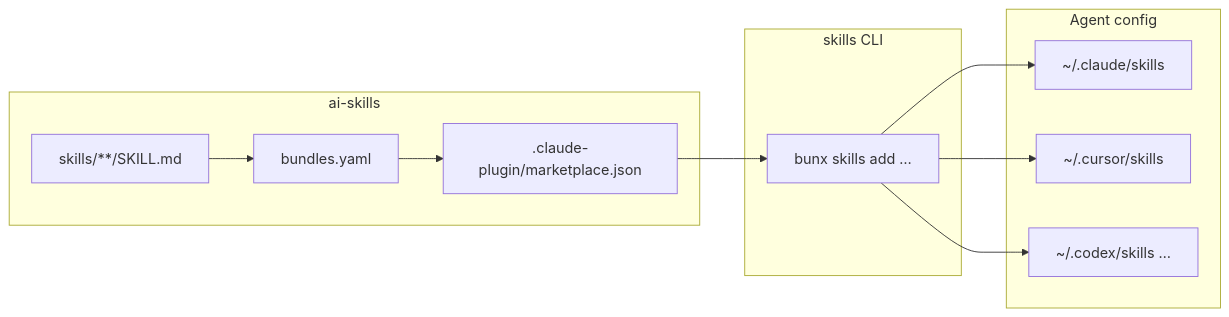
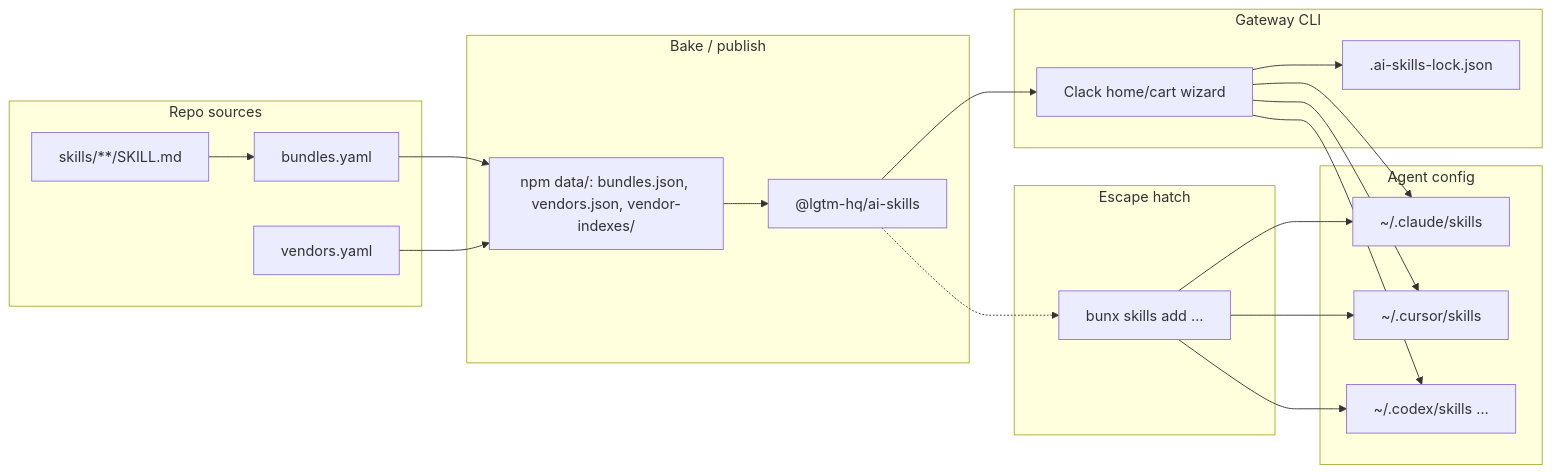
One commit to lgtm-hq/ai-skills changed the diagram in CONTRIBUTING.md. Above: the diagram before and after it, drawn with Mermaid. The commit also changed other lines of this file, not shown here.

First line of the commit message:
fix(docs): refresh CONTRIBUTING architecture and lgtm-ci baseline

````diff
--- a/CONTRIBUTING.md
+++ b/CONTRIBUTING.md
@@ -93,22 +93,37 @@
 ```mermaid
 flowchart LR
-  subgraph repo [ai-skills]
+  subgraph sources [Repo sources]
     SK["skills/**/SKILL.md"]
     BY["bundles.yaml"]
-    MP[".claude-plugin/marketplace.json"]
+    VY["vendors.yaml"]
   end
-  subgraph cli [skills CLI]
+  subgraph bake [Bake / publish]
+    DATA["npm data/: bundles.json, vendors.json, vendor-indexes/"]
+    PKG["@lgtm-hq/ai-skills"]
+  end
+  subgraph gateway [Gateway CLI]
+    UI["Clack home/cart wizard"]
+    LOCK[".ai-skills-lock.json"]
+  end
+  subgraph escape [Escape hatch]
     add["bunx skills add …"]
   end
   subgraph dirs [Agent config]
     c["~/.claude/skills"]
     u["~/.cursor/skills"]
     x["~/.codex/skills …"]
   end
-  BY --> MP
   SK --> BY
-  MP --> add
+  BY --> DATA
+  VY --> DATA
+  DATA --> PKG
+  PKG --> UI
+  UI --> LOCK
+  UI --> c
+  UI --> u
+  UI --> x
+  PKG -.-> add
   add --> c
   add --> u
   add --> x
 ```
````
